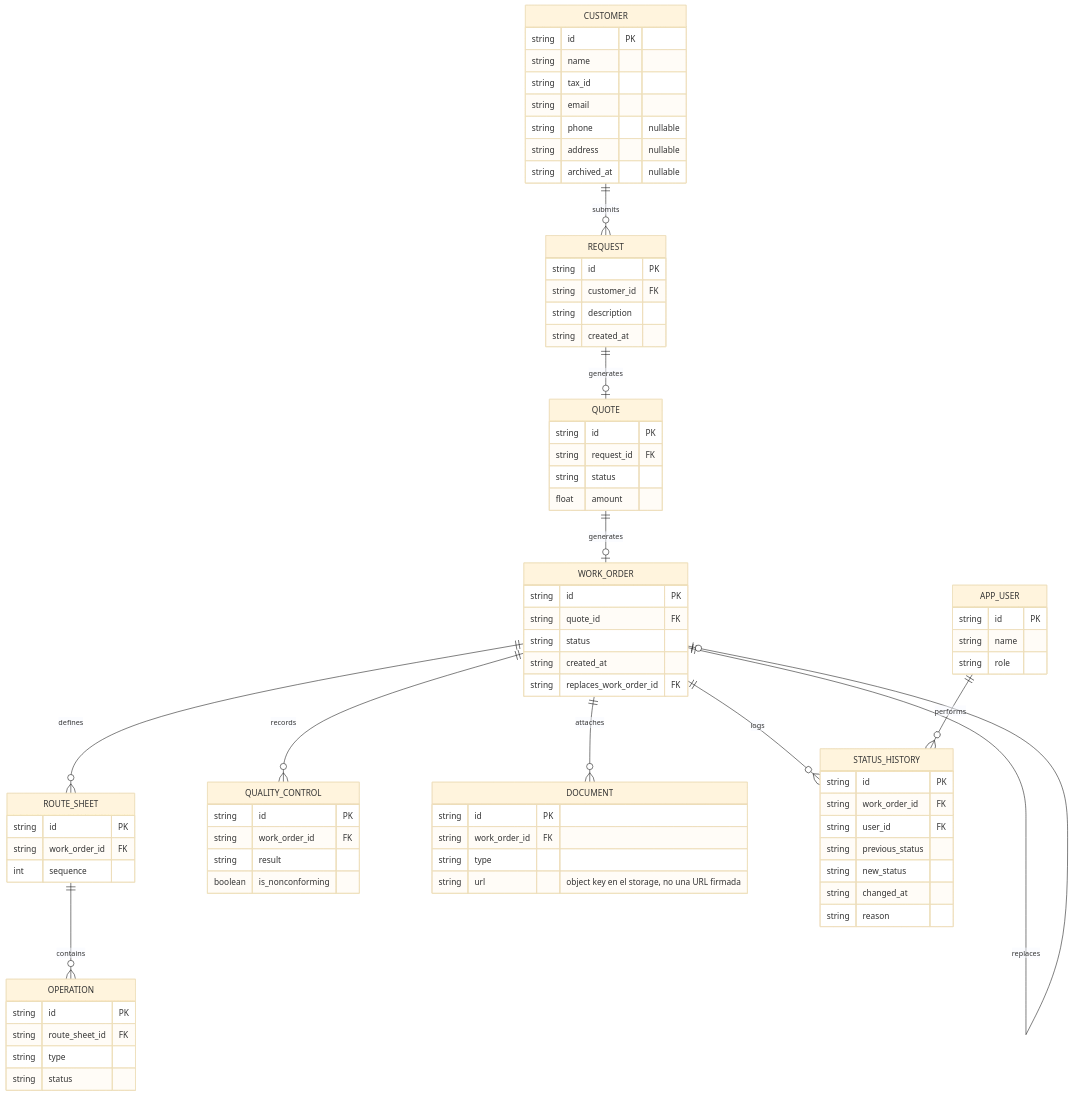
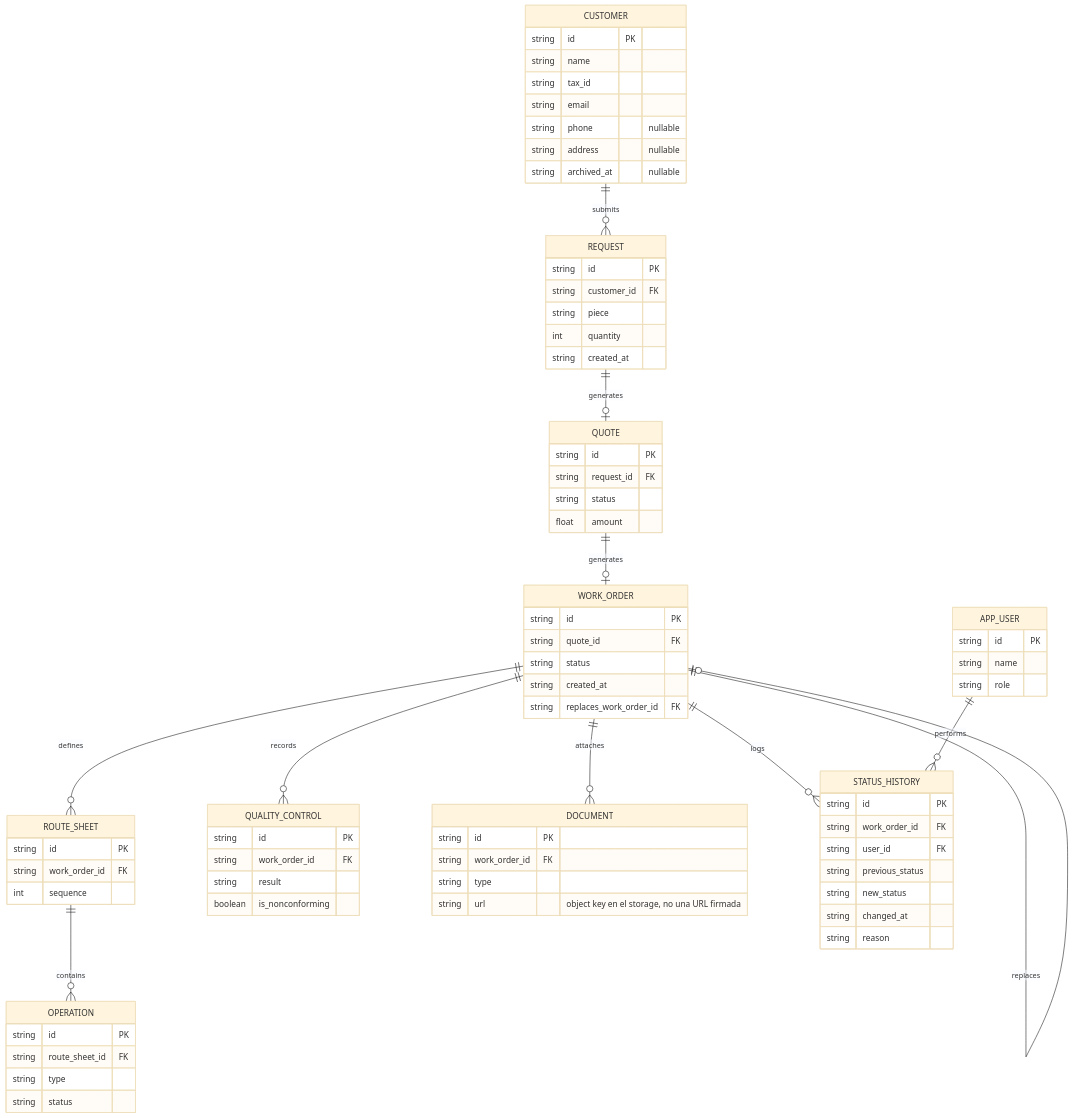
Before and after one commit to No-Country-simulation/S08-26-EQUIPO21-QualityTrack: the diagram in docs/architecture.md, drawn with Mermaid (base theme). The commit also changed 13 other files, not shown here.

Commit message:
feat(requests): store piece and quantity

````diff
--- a/docs/architecture.md
+++ b/docs/architecture.md
@@ -12,79 +12,80 @@
 ```mermaid
 erDiagram
     CUSTOMER ||--o{ REQUEST : submits
     REQUEST ||--o| QUOTE : generates
     QUOTE ||--o| WORK_ORDER : generates
     WORK_ORDER ||--o{ ROUTE_SHEET : defines
     ROUTE_SHEET ||--o{ OPERATION : contains
     WORK_ORDER ||--o{ QUALITY_CONTROL : records
     WORK_ORDER ||--o{ DOCUMENT : attaches
     WORK_ORDER ||--o{ STATUS_HISTORY : logs
     WORK_ORDER ||--o| WORK_ORDER : replaces
     APP_USER ||--o{ STATUS_HISTORY : performs
 
     CUSTOMER {
         string id PK
         string name
         string tax_id
         string email
         string phone "nullable"
         string address "nullable"
         string archived_at "nullable"
     }
     REQUEST {
         string id PK
         string customer_id FK
-        string description
+        string piece
+        int quantity
         string created_at
     }
     QUOTE {
         string id PK
         string request_id FK
         string status
         float amount
     }
     WORK_ORDER {
         string id PK
         string quote_id FK
         string status
         string created_at
         string replaces_work_order_id FK
     }
     ROUTE_SHEET {
         string id PK
         string work_order_id FK
         int sequence
     }
     OPERATION {
         string id PK
         string route_sheet_id FK
         string type
         string status
     }
     QUALITY_CONTROL {
         string id PK
         string work_order_id FK
         string result
         boolean is_nonconforming
     }
     DOCUMENT {
         string id PK
         string work_order_id FK
         string type
         string url "object key en el storage, no una URL firmada"
     }
     STATUS_HISTORY {
         string id PK
         string work_order_id FK
         string user_id FK
         string previous_status
         string new_status
         string changed_at
         string reason
     }
     APP_USER {
         string id PK
         string name
         string role
     }
 ```
````
